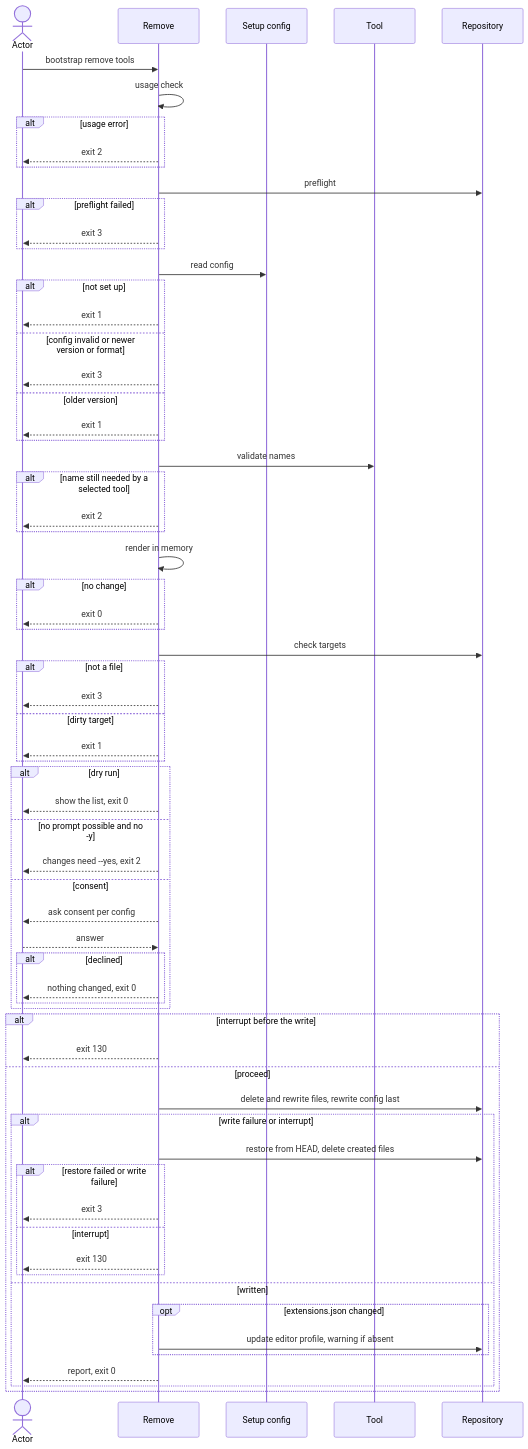
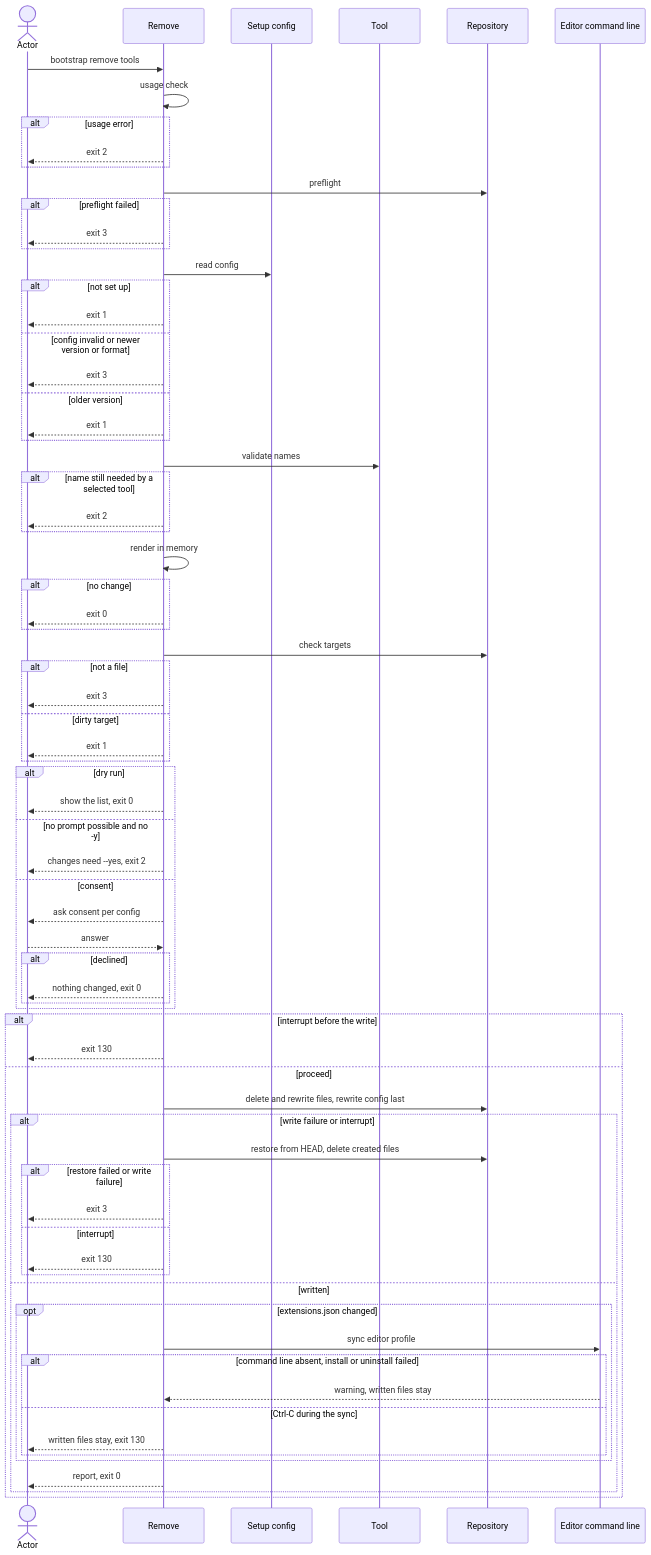
Before and after one commit to virajp/bootstrap: the diagram in docs/blueprint/flows/cli/150-remove-tool/index.md, drawn with Mermaid. The commit also changed other lines of this file and 12 other files, not shown here.

````diff
--- a/docs/blueprint/flows/cli/150-remove-tool/index.md
+++ b/docs/blueprint/flows/cli/150-remove-tool/index.md
@@ -204,68 +205,74 @@
 ```mermaid
 sequenceDiagram
     actor O as Actor
     participant M as Remove
     participant C as Setup config
     participant G as Tool
     participant R as Repository
+    participant E as Editor command line
     O->>M: bootstrap remove tools
     M->>M: usage check
     alt usage error
         M-->>O: exit 2
     end
     M->>R: preflight
     alt preflight failed
         M-->>O: exit 3
     end
     M->>C: read config
     alt not set up
         M-->>O: exit 1
     else config invalid or newer version or format
         M-->>O: exit 3
     else older version
         M-->>O: exit 1
     end
     M->>G: validate names
     alt name still needed by a selected tool
         M-->>O: exit 2
     end
     M->>M: render in memory
     alt no change
         M-->>O: exit 0
     end
     M->>R: check targets
     alt not a file
         M-->>O: exit 3
     else dirty target
         M-->>O: exit 1
     end
     alt dry run
         M-->>O: show the list, exit 0
     else no prompt possible and no -y
         M-->>O: changes need --yes, exit 2
     else consent
         M-->>O: ask consent per config
         O-->>M: answer
         alt declined
             M-->>O: nothing changed, exit 0
         end
     end
     alt interrupt before the write
         M-->>O: exit 130
     else proceed
         M->>R: delete and rewrite files, rewrite config last
         alt write failure or interrupt
             M->>R: restore from HEAD, delete created files
             alt restore failed or write failure
                 M-->>O: exit 3
             else interrupt
                 M-->>O: exit 130
             end
         else written
             opt extensions.json changed
-                M->>R: update editor profile, warning if absent
+                M->>E: sync editor profile
+                alt command line absent, install or uninstall failed
+                    E-->>M: warning, written files stay
+                else Ctrl-C during the sync
+                    M-->>O: written files stay, exit 130
+                end
             end
             M-->>O: report, exit 0
         end
     end
 ```
````
